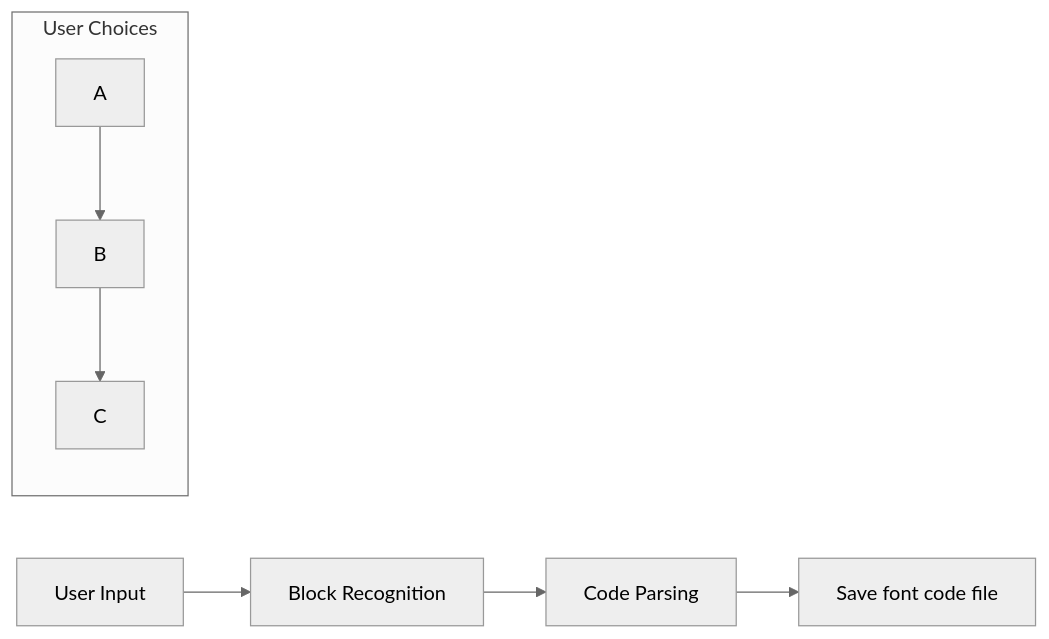
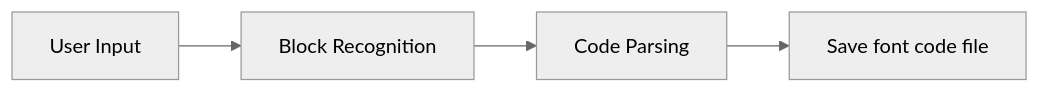
Before and after one commit to alochimpasplum/Sidekick-S-TFG: the second of 3 diagrams in README.md, drawn with Mermaid (neutral theme). The commit also changed other lines of this file, not shown here.

````diff
--- a/README.md
+++ b/README.md
@@ -43,17 +43,11 @@
 ```mermaid
 graph LR
     S1 --> S2
     S2 --> S3
     S3 --> J
 
     S1[User Input]
     S2[Block Recognition]
     S3[Code Parsing]
     J[Save font code file]
-    
-    subgraph SS1[User Choices]
-        direction TB
-            A --> B
-            B --> C
-    end
 ```
````
